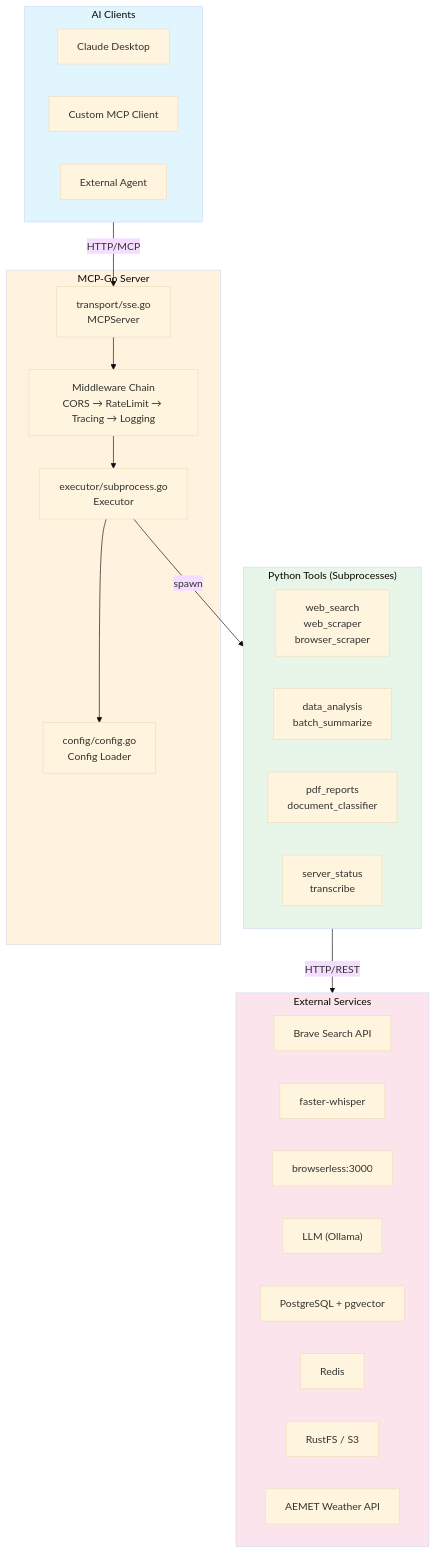
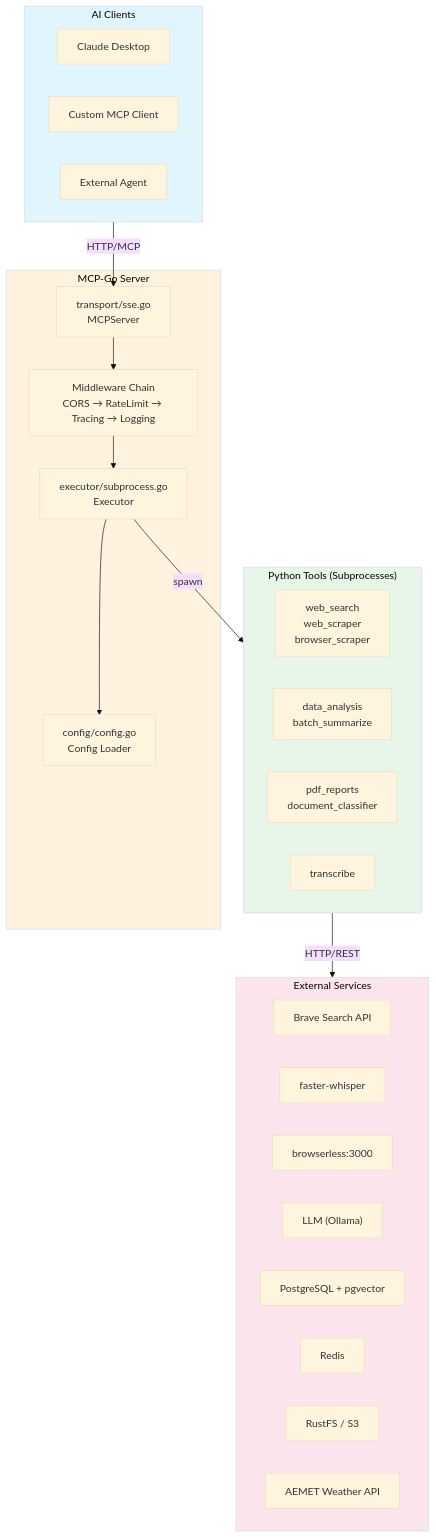
Before and after one commit to sudebaker/mcp-go: the first of 11 diagrams in docs/ARCHITECTURE.md, drawn with Mermaid (base theme). The commit also changed other lines of this file and 48 other files, not shown here.

First line of the commit message:
feat: toolset system, flattened tools, new format/license tools, 3 new prompts

````diff
--- a/docs/ARCHITECTURE.md
+++ b/docs/ARCHITECTURE.md
@@ -120,45 +120,45 @@
 ```mermaid
 flowchart TB
     subgraph Clients["AI Clients"]
         ClaudeDesktop["Claude Desktop"]
         CustomClient["Custom MCP Client"]
         ExternalAgent["External Agent"]
     end
 
     subgraph MCPGo["MCP-Go Server"]
         Transport["transport/sse.go<br/>MCPServer"]
         Middleware["Middleware Chain<br/>CORS → RateLimit → Tracing → Logging"]
         Executor["executor/subprocess.go<br/>Executor"]
         Config["config/config.go<br/>Config Loader"]
     end
 
     subgraph Tools["Python Tools (Subprocesses)"]
         WebTools["web_search<br/>web_scraper<br/>browser_scraper"]
         DataTools["data_analysis<br/>batch_summarize"]
         DocTools["pdf_reports<br/>document_classifier"]
-        SystemTools["server_status<br/>transcribe"]
+        SystemTools["transcribe"]
     end
 
     subgraph External["External Services"]
         BraveAPI["Brave Search API"]
         WhisperAPI["faster-whisper"]
         Browserless["browserless:3000"]
         LLM["LLM (Ollama)"]
         PostgreSQL["PostgreSQL + pgvector"]
         Redis["Redis"]
         S3["RustFS / S3"]
         AEMET["AEMET Weather API"]
     end
 
     Clients -->|HTTP/MCP| Transport
     Transport --> Middleware
     Middleware --> Executor
     Executor --> Config
     Executor -->|spawn| Tools
     Tools -->|HTTP/REST| External
 
     style Clients fill:#e1f5fe
     style MCPGo fill:#fff3e0
     style Tools fill:#e8f5e9
     style External fill:#fce4ec
 ```
````
